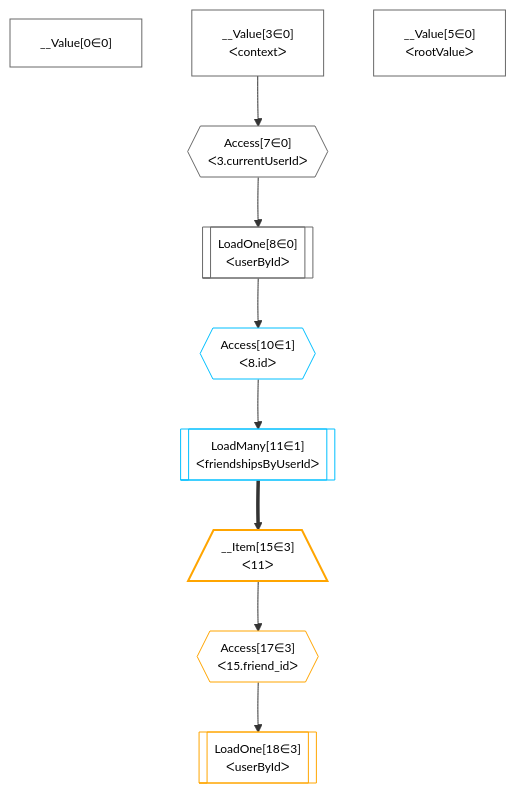
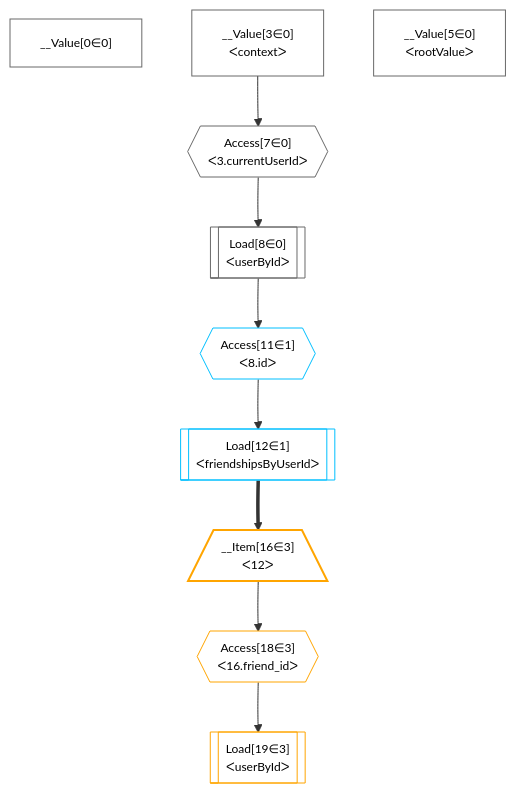
The diagram in grafast/website/examples/users-and-friends/plan-simplified.mermaid (graphile/crystal), drawn with Mermaid before and after one commit. The commit also changed 1 other file, not shown here.

Commit message:
Update mermaid diagrams for website

```diff
--- a/grafast/website/examples/users-and-friends/plan-simplified.mermaid
+++ b/grafast/website/examples/users-and-friends/plan-simplified.mermaid
@@ -1,39 +1,39 @@
 %%{init: {'themeVariables': { 'fontSize': '12px'}}}%%
 flowchart TD
     classDef path fill:#eee,stroke:#000,color:#000
     classDef plan fill:#fff,stroke-width:1px,color:#000
     classDef itemplan fill:#fff,stroke-width:2px,color:#000
     classDef unbatchedplan fill:#dff,stroke-width:1px,color:#000
     classDef sideeffectplan fill:#fcc,stroke-width:2px,color:#000
     classDef bucket fill:#f6f6f6,color:#000,stroke-width:2px,text-align:left
 
 
     %% define steps
     __Value0["__Value[0∈0]"]:::plan
     __Value3["__Value[3∈0]<br />ᐸcontextᐳ"]:::plan
     __Value5["__Value[5∈0]<br />ᐸrootValueᐳ"]:::plan
     Access7{{"Access[7∈0]<br />ᐸ3.currentUserIdᐳ"}}:::plan
-    LoadOne8[["LoadOne[8∈0]<br />ᐸuserByIdᐳ"]]:::plan
-    Access10{{"Access[10∈1]<br />ᐸ8.idᐳ"}}:::plan
-    LoadMany11[["LoadMany[11∈1]<br />ᐸfriendshipsByUserIdᐳ"]]:::plan
-    __Item15[/"__Item[15∈3]<br />ᐸ11ᐳ"\]:::itemplan
-    Access17{{"Access[17∈3]<br />ᐸ15.friend_idᐳ"}}:::plan
-    LoadOne18[["LoadOne[18∈3]<br />ᐸuserByIdᐳ"]]:::plan
+    Load8[["Load[8∈0]<br />ᐸuserByIdᐳ"]]:::plan
+    Access11{{"Access[11∈1]<br />ᐸ8.idᐳ"}}:::plan
+    Load12[["Load[12∈1]<br />ᐸfriendshipsByUserIdᐳ"]]:::plan
+    __Item16[/"__Item[16∈3]<br />ᐸ12ᐳ"\]:::itemplan
+    Access18{{"Access[18∈3]<br />ᐸ16.friend_idᐳ"}}:::plan
+    Load19[["Load[19∈3]<br />ᐸuserByIdᐳ"]]:::plan
 
     %% plan dependencies
     __Value3 --> Access7
-    Access7 --> LoadOne8
-    LoadOne8 --> Access10
-    Access10 --> LoadMany11
-    LoadMany11 ==> __Item15
-    __Item15 --> Access17
-    Access17 --> LoadOne18
+    Access7 --> Load8
+    Load8 --> Access11
+    Access11 --> Load12
+    Load12 ==> __Item16
+    __Item16 --> Access18
+    Access18 --> Load19
 
     classDef bucket0 stroke:#696969
-    class Bucket0,__Value0,__Value3,__Value5,Access7,LoadOne8 bucket0
+    class Bucket0,__Value0,__Value3,__Value5,Access7,Load8 bucket0
     classDef bucket1 stroke:#00bfff
-    class Bucket1,Access10,LoadMany11 bucket1
+    class Bucket1,Access11,Load12 bucket1
     classDef bucket3 stroke:#ffa500
-    class Bucket3,__Item15,Access17,LoadOne18 bucket3
+    class Bucket3,__Item16,Access18,Load19 bucket3
     classDef bucket4 stroke:#0000ff
     class Bucket4 bucket4
```
